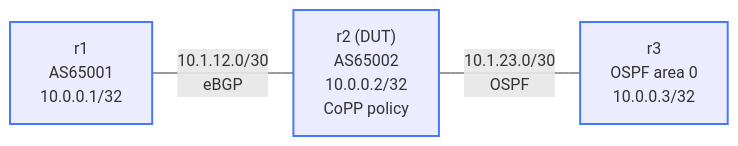
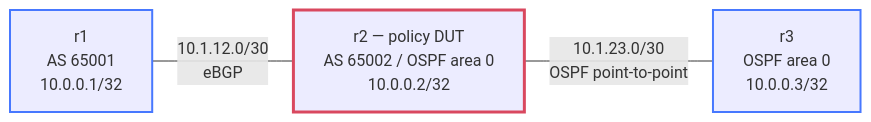
The diagram in labs/copp-basics/README.md (jschless/networkingLabs), drawn with Mermaid before and after one commit. The commit also changed other lines of this file and 147 other files, not shown here.

````diff
--- a/labs/copp-basics/README.md
+++ b/labs/copp-basics/README.md
@@ -16,13 +16,14 @@
 ```mermaid
 flowchart LR
-    r1["r1<br/>AS65001<br/>10.0.0.1/32"]
-    r2["r2 (DUT)<br/>AS65002<br/>10.0.0.2/32<br/>CoPP policy"]
+    r1["r1<br/>AS 65001<br/>10.0.0.1/32"]
+    r2["r2 — policy DUT<br/>AS 65002 / OSPF area 0<br/>10.0.0.2/32"]
     r3["r3<br/>OSPF area 0<br/>10.0.0.3/32"]
 
     r1 -- "10.1.12.0/30<br/>eBGP" --- r2
-    r2 -- "10.1.23.0/30<br/>OSPF" --- r3
+    r2 -- "10.1.23.0/30<br/>OSPF point-to-point" --- r3
 
-    classDef router stroke:#4778ff,stroke-width:2px
-
-    class r1,r2,r3 router
+    classDef dut stroke:#d9485f,stroke-width:3px
+    classDef peer stroke:#4778ff,stroke-width:2px
+    class r2 dut
+    class r1,r3 peer
 ```
````
